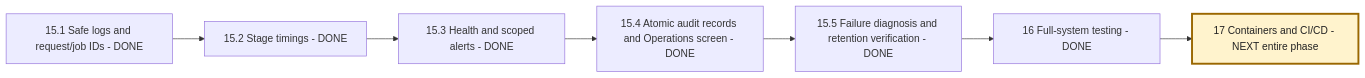
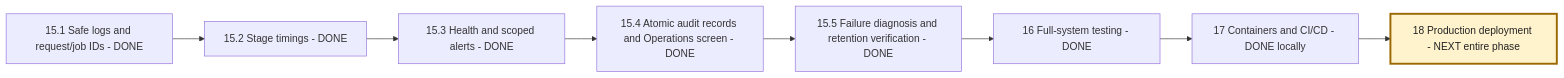
One commit to msdian0007/nexaAi changed the seventh of 7 diagrams in NEXAAI_ROADMAP.md. Above: the diagram before and after it, drawn with Mermaid. The commit also changed other lines of this file and 2 other files, not shown here.

Commit message:
docs(phase-17 step-17.5): document migration deployment and rollback

````diff
--- a/NEXAAI_ROADMAP.md
+++ b/NEXAAI_ROADMAP.md
@@ -443,10 +453,11 @@
 ```mermaid
 flowchart LR
     A[15.1 Safe logs and request/job IDs - DONE] --> B[15.2 Stage timings - DONE]
     B --> C[15.3 Health and scoped alerts - DONE]
     C --> D[15.4 Atomic audit records and Operations screen - DONE]
     D --> E[15.5 Failure diagnosis and retention verification - DONE]
     E --> F[16 Full-system testing - DONE]
-    F --> G[17 Containers and CI/CD - NEXT entire phase]
-    style G fill:#fff3cd,stroke:#9a6700,stroke-width:3px,color:#222
+    F --> G[17 Containers and CI/CD - DONE locally]
+    G --> H[18 Production deployment - NEXT entire phase]
+    style H fill:#fff3cd,stroke:#9a6700,stroke-width:3px,color:#222
 ```
````
